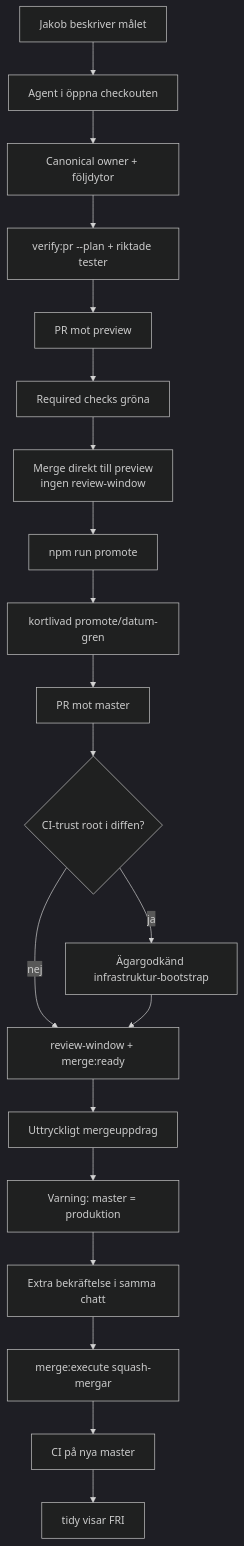
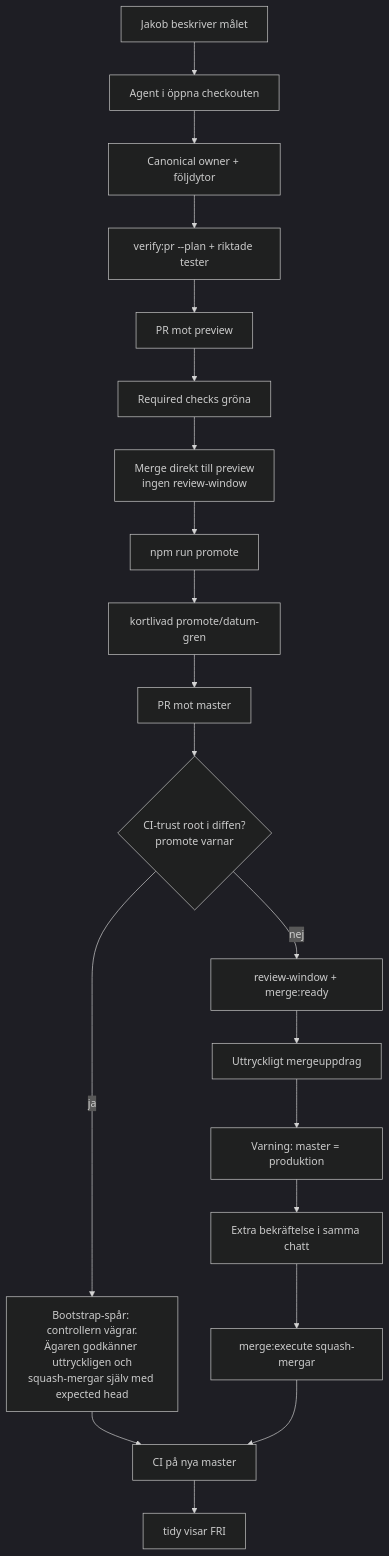
Before and after one commit to Jakeminator123/sajtmaskin: the diagram in docs/runbooks/agent-workflow.md, drawn with Mermaid (dark theme). The commit also changed other lines of this file, not shown here.

Commit message:
docs(runbook): bootstrap-spåret går utanför merge:execute; Dependabot-raden läser master

````diff
--- a/docs/runbooks/agent-workflow.md
+++ b/docs/runbooks/agent-workflow.md
@@ -15,22 +15,22 @@
 ```mermaid
 flowchart TD
   U["Jakob beskriver målet"] --> A["Agent i öppna checkouten"]
   A --> B["Canonical owner + följdytor"]
   B --> C["verify:pr --plan + riktade tester"]
   C --> P["PR mot preview"]
   P --> Q["Required checks gröna"]
   Q --> M["Merge direkt till preview<br/>ingen review-window"]
   M --> R["npm run promote"]
   R --> S["kortlivad promote/datum-gren"]
   S --> T["PR mot master"]
-  T --> W{"CI-trust root i diffen?"}
-  W -- "ja" --> X["Ägargodkänd infrastruktur-bootstrap"]
+  T --> W{"CI-trust root i diffen?<br/>promote varnar"}
   W -- "nej" --> D["review-window + merge:ready"]
-  X --> D
   D --> H["Uttryckligt mergeuppdrag"]
   H --> H2["Varning: master = produktion"]
   H2 --> H3["Extra bekräftelse i samma chatt"]
   H3 --> I["merge:execute squash-mergar"]
+  W -- "ja" --> X["Bootstrap-spår: controllern vägrar.<br/>Ägaren godkänner uttryckligen och<br/>squash-mergar själv med expected head"]
+  X --> K
   I --> K["CI på nya master"]
   K --> J["tidy visar FRI"]
 ```
````
